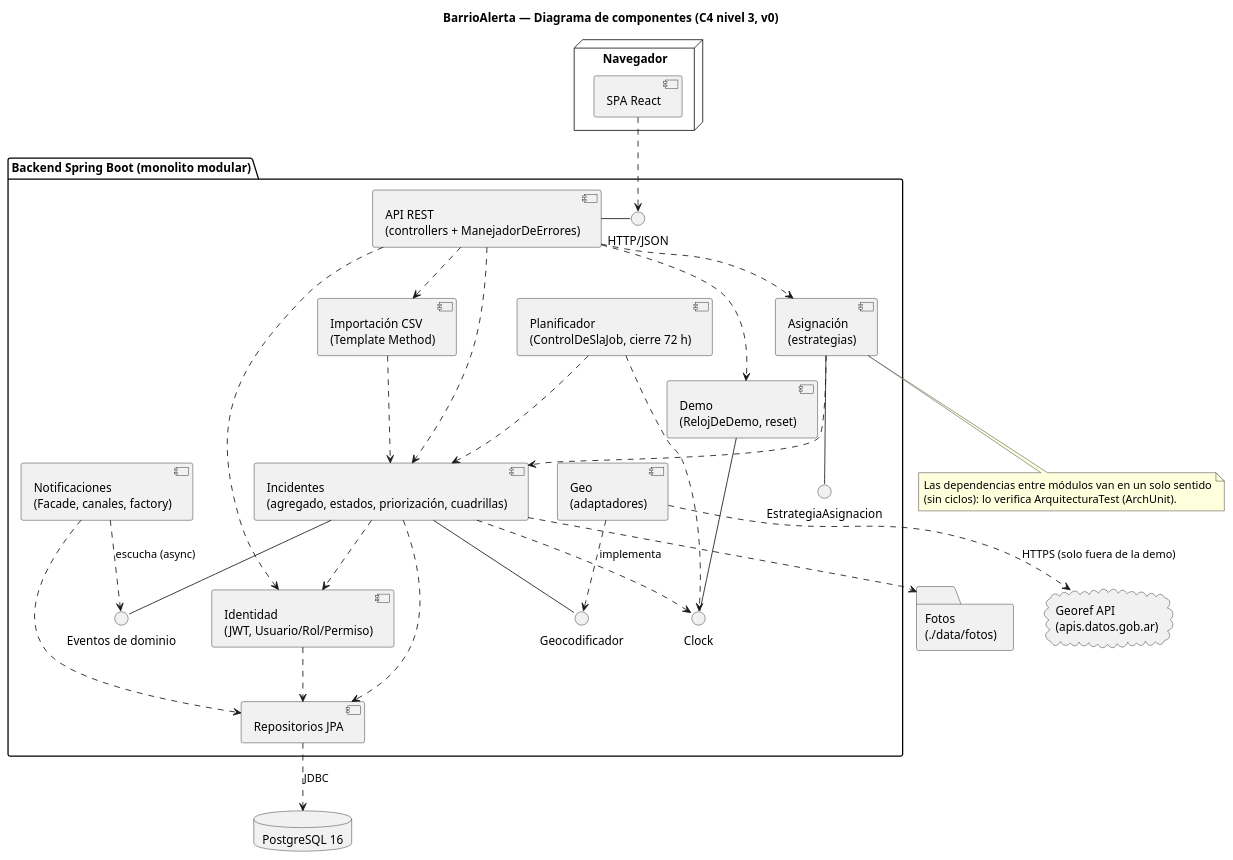
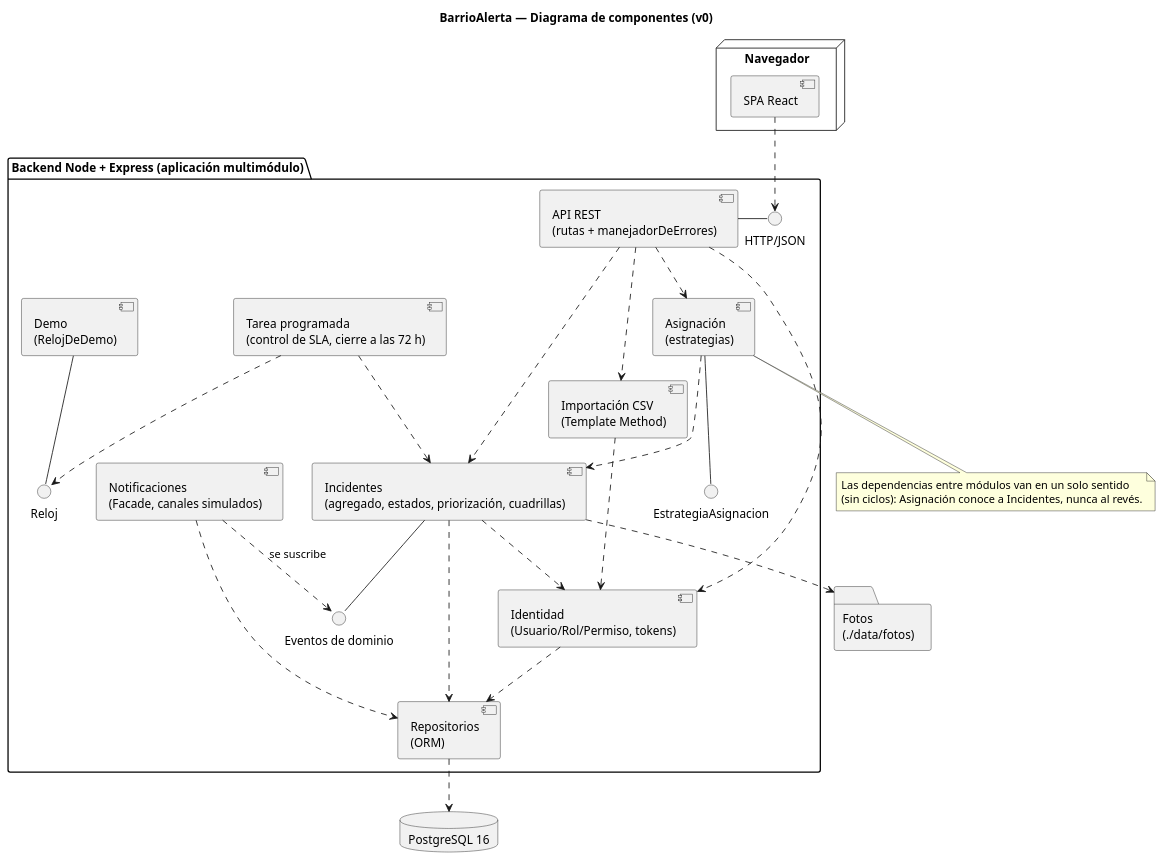
The diagram in docs/diagramas/componentes.puml (tolmedo/barrioalerta), drawn with PlantUML before and after one commit. The commit also changed 119 other files, not shown here.

```diff
--- a/docs/diagramas/componentes.puml
+++ b/docs/diagramas/componentes.puml
@@ -1,65 +1,57 @@
 @startuml componentes
-title BarrioAlerta — Diagrama de componentes (C4 nivel 3, v0)
+title BarrioAlerta — Diagrama de componentes (v0)
 skinparam componentStyle uml2
 
 node "Navegador" {
   [SPA React] as SPA
 }
 
-package "Backend Spring Boot (monolito modular)" {
-  [API REST\n(controllers + ManejadorDeErrores)] as API
+package "Backend Node + Express (aplicación multimódulo)" {
+  [API REST\n(rutas + manejadorDeErrores)] as API
   interface "HTTP/JSON" as HTTP
   API - HTTP
 
-  [Identidad\n(JWT, Usuario/Rol/Permiso)] as Identidad
+  [Identidad\n(Usuario/Rol/Permiso, tokens)] as Identidad
   [Incidentes\n(agregado, estados, priorización, cuadrillas)] as Incidentes
   [Asignación\n(estrategias)] as Asignacion
-  [Notificaciones\n(Facade, canales, factory)] as Notificaciones
+  [Notificaciones\n(Facade, canales simulados)] as Notificaciones
   [Importación CSV\n(Template Method)] as Importacion
-  [Geo\n(adaptadores)] as Geo
-  [Planificador\n(ControlDeSlaJob, cierre 72 h)] as Planificador
-  [Demo\n(RelojDeDemo, reset)] as Demo
-  [Repositorios JPA] as Repos
+  [Tarea programada\n(control de SLA, cierre a las 72 h)] as Planificador
+  [Demo\n(RelojDeDemo)] as Demo
+  [Repositorios\n(ORM)] as Repos
 
-  interface "Geocodificador" as PuertoGeo
   interface "EstrategiaAsignacion" as PuertoAsignacion
   interface "Eventos de dominio" as Eventos
-  interface "Clock" as Reloj
+  interface "Reloj" as Reloj
 
-  Incidentes -- PuertoGeo
-  Geo ..> PuertoGeo : implementa
   Asignacion -- PuertoAsignacion
   Incidentes -- Eventos
-  Notificaciones ..> Eventos : escucha (async)
+  Notificaciones ..> Eventos : se suscribe
   Demo -- Reloj
   Planificador ..> Reloj
-  Incidentes ..> Reloj
 
   API ..> Identidad
   API ..> Incidentes
   API ..> Asignacion
   API ..> Importacion
-  API ..> Demo
   Asignacion ..> Incidentes
-  Importacion ..> Incidentes
+  Importacion ..> Identidad
   Planificador ..> Incidentes
   Incidentes ..> Identidad
   Incidentes ..> Repos
   Notificaciones ..> Repos
   Identidad ..> Repos
 }
 
 database "PostgreSQL 16" as DB
 folder "Fotos\n(./data/fotos)" as Fotos
-cloud "Georef API\n(apis.datos.gob.ar)" as Georef
 
 SPA ..> HTTP
-Repos ..> DB : JDBC
+Repos ..> DB
 Incidentes ..> Fotos
-Geo ..> Georef : HTTPS (solo fuera de la demo)
 
 note bottom of Asignacion
   Las dependencias entre módulos van en un solo sentido
-  (sin ciclos): lo verifica ArquitecturaTest (ArchUnit).
+  (sin ciclos): Asignación conoce a Incidentes, nunca al revés.
 end note
 @enduml
```
